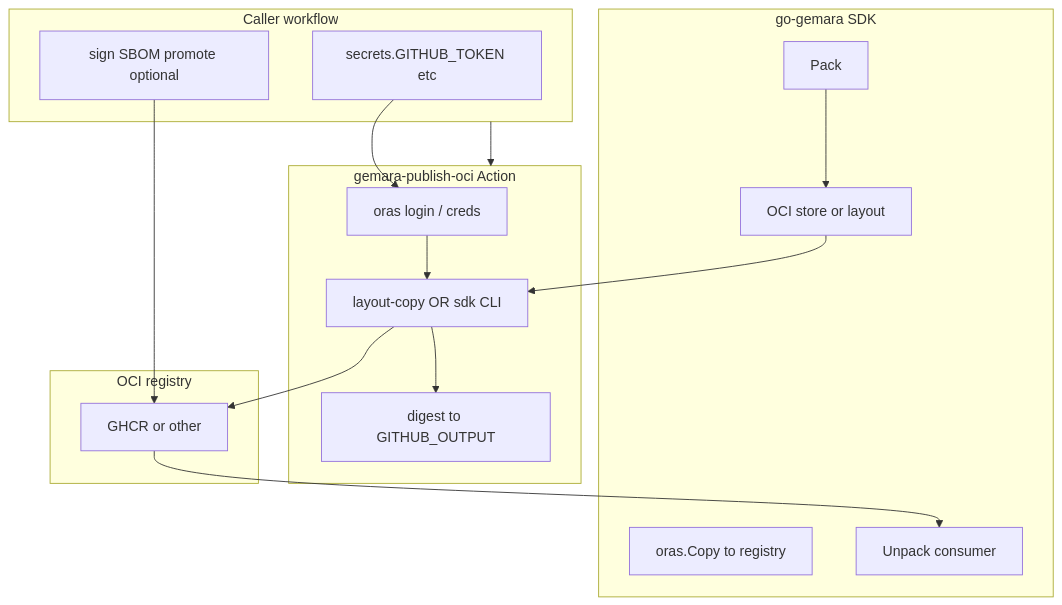
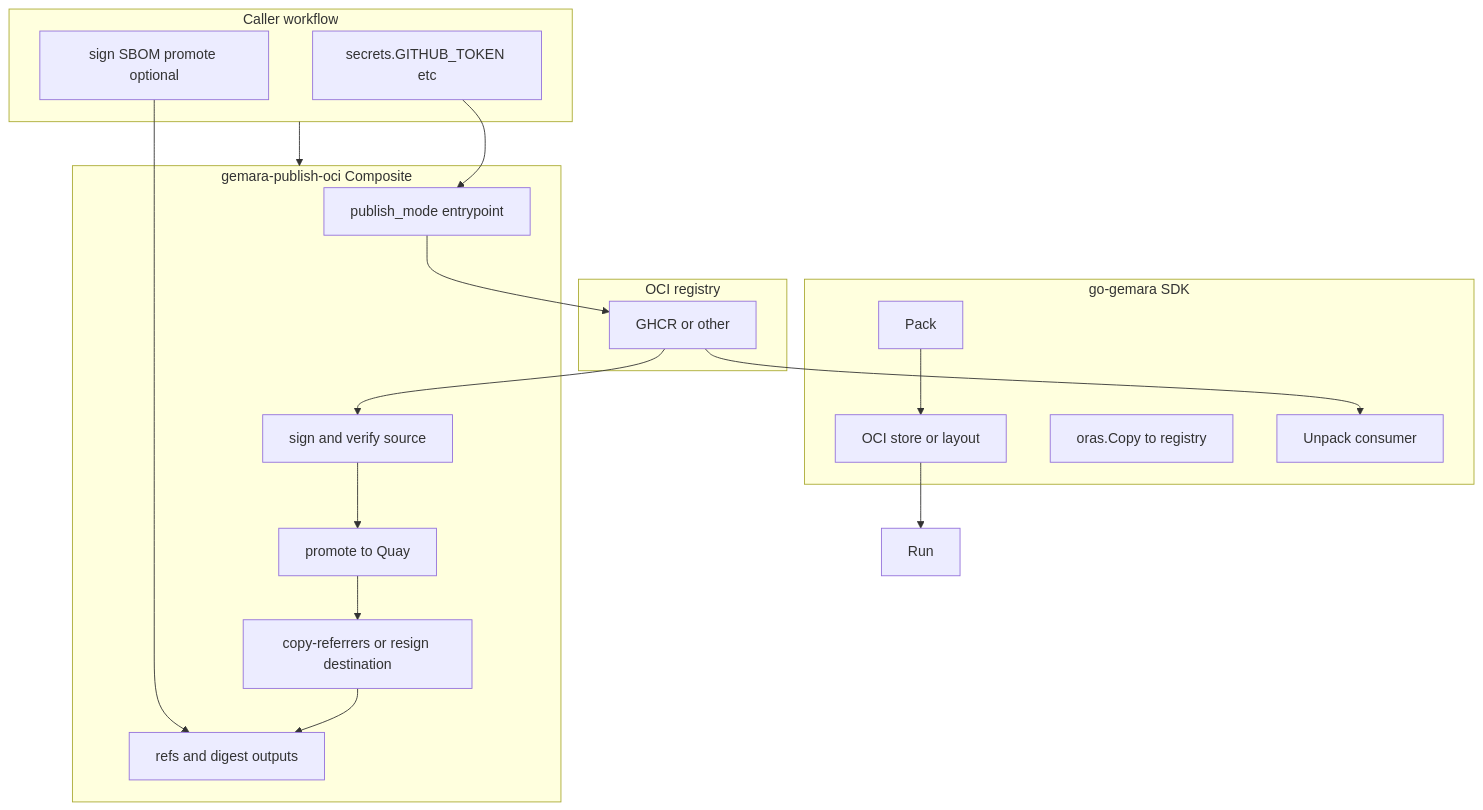
The diagram in docs/DESIGN-FOR-REVIEW.md (sonupreetam/gemara-publish-oci), drawn with Mermaid before and after one commit. The commit also changed other lines of this file and 5 other files, not shown here.

First line of the commit message:
feat(action): implement option3 publish orchestration

````diff
--- a/docs/DESIGN-FOR-REVIEW.md
+++ b/docs/DESIGN-FOR-REVIEW.md
@@ -51,30 +52,34 @@
 ```mermaid
 flowchart TB
   subgraph sdk [go-gemara SDK]
     Pack[Pack]
     Store[OCI store or layout]
     Copy[oras.Copy to registry]
     Unpack[Unpack consumer]
   end
-  subgraph action [gemara-publish-oci Action]
-    Login[oras login / creds]
-    Run[layout-copy OR sdk CLI]
-    Out[digest to GITHUB_OUTPUT]
+  subgraph action [gemara-publish-oci Composite]
+    Publish[publish_mode entrypoint]
+    SignSrc[sign and verify source]
+    Promote[promote to Quay]
+    Trust[copy-referrers or resign destination]
+    Out[refs and digest outputs]
   end
   subgraph ci [Caller workflow]
     Secrets[secrets.GITHUB_TOKEN etc]
     Later[sign SBOM promote optional]
   end
   subgraph reg [OCI registry]
     GHCR[GHCR or other]
   end
   Pack --> Store
   Store --> Run
-  Login --> Run
-  Run --> GHCR
-  Run --> Out
-  Secrets --> Login
+  Publish --> GHCR
+  GHCR --> SignSrc
+  SignSrc --> Promote
+  Promote --> Trust
+  Trust --> Out
+  Secrets --> Publish
   GHCR --> Unpack
   ci --> action
-  Later --> GHCR
+  Later --> Out
 ```
````
